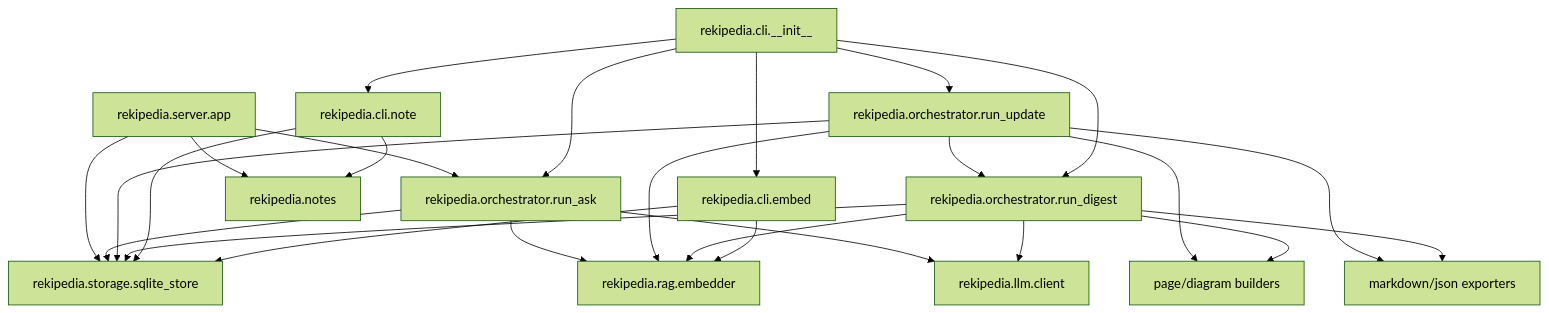
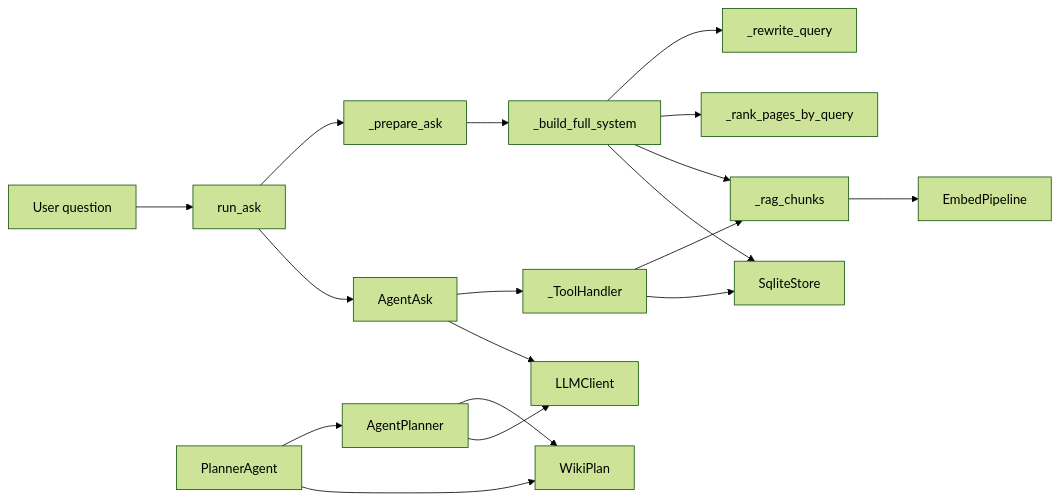
One commit to actions-marketplace-validations/unrealandychan_rekipedia changed the first of 2 diagrams in .rekipedia/wiki/architecture.md. Above: the diagram before and after it, drawn with Mermaid (forest theme). The commit also changed other lines of this file and 13 other files, not shown here.

````diff
--- a/.rekipedia/wiki/architecture.md
+++ b/.rekipedia/wiki/architecture.md
@@ -19,47 +28,36 @@
 ```mermaid
-flowchart TD
-  CLI[rekipedia.cli.__init__]
-  NoteCLI[rekipedia.cli.note]
-  EmbedCLI[rekipedia.cli.embed]
-  Digest[rekipedia.orchestrator.run_digest]
-  Update[rekipedia.orchestrator.run_update]
-  Ask[rekipedia.orchestrator.run_ask]
-  Server[rekipedia.server.app]
-  RAG[rekipedia.rag.embedder]
-  Store[rekipedia.storage.sqlite_store]
-  Notes[rekipedia.notes]
-  LLM[rekipedia.llm.client]
-  Synth[page/diagram builders]
-  Export[markdown/json exporters]
+flowchart LR
+  UserQuestion[User question]
+  RunAsk[run_ask]
+  PrepareAsk[_prepare_ask]
+  BuildSystem[_build_full_system]
+  Rewrite[_rewrite_query]
+  Rank[_rank_pages_by_query]
+  Rag[_rag_chunks]
+  AskAgent[AgentAsk]
+  ToolHandler[_ToolHandler]
+  Planner[PlannerAgent]
+  AgentPlanner[AgentPlanner]
+  WikiPlan[WikiPlan]
+  SqliteStore[SqliteStore]
+  LLMClient[LLMClient]
+  EmbedPipeline[EmbedPipeline]
 
-  CLI --> NoteCLI
-  CLI --> EmbedCLI
-  CLI --> Digest
-  CLI --> Update
-  CLI --> Ask
-
-  EmbedCLI --> RAG
-  EmbedCLI --> Store
-  NoteCLI --> Notes
-  NoteCLI --> Store
-
-  Digest --> Store
-  Digest --> RAG
-  Digest --> Synth
-  Digest --> Export
-  Digest --> LLM
-
-  Update --> Digest
-  Update --> Store
-  Update --> RAG
-  Update --> Synth
-  Update --> Export
-
-  Ask --> Store
-  Ask --> RAG
-  Ask --> LLM
-
-  Server --> Ask
-  Server --> Store
-  Server --> Notes
+  UserQuestion --> RunAsk
+  RunAsk --> PrepareAsk
+  PrepareAsk --> BuildSystem
+  BuildSystem --> Rewrite
+  BuildSystem --> Rank
+  BuildSystem --> Rag
+  BuildSystem --> SqliteStore
+  RunAsk --> AskAgent
+  AskAgent --> ToolHandler
+  AskAgent --> LLMClient
+  ToolHandler --> Rag
+  ToolHandler --> SqliteStore
+  Planner --> AgentPlanner
+  Planner --> WikiPlan
+  AgentPlanner --> WikiPlan
+  AgentPlanner --> LLMClient
+  Rag --> EmbedPipeline
 ```
````
